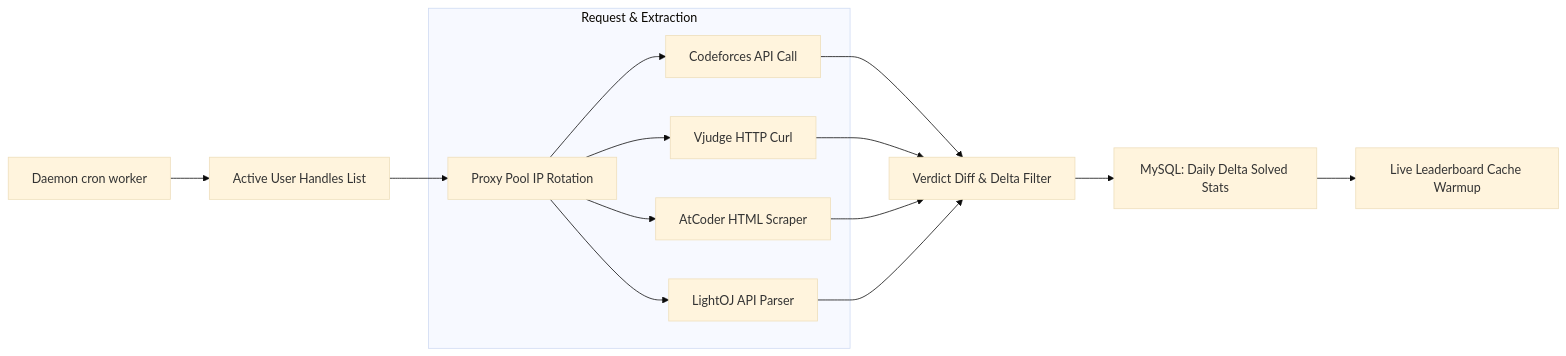
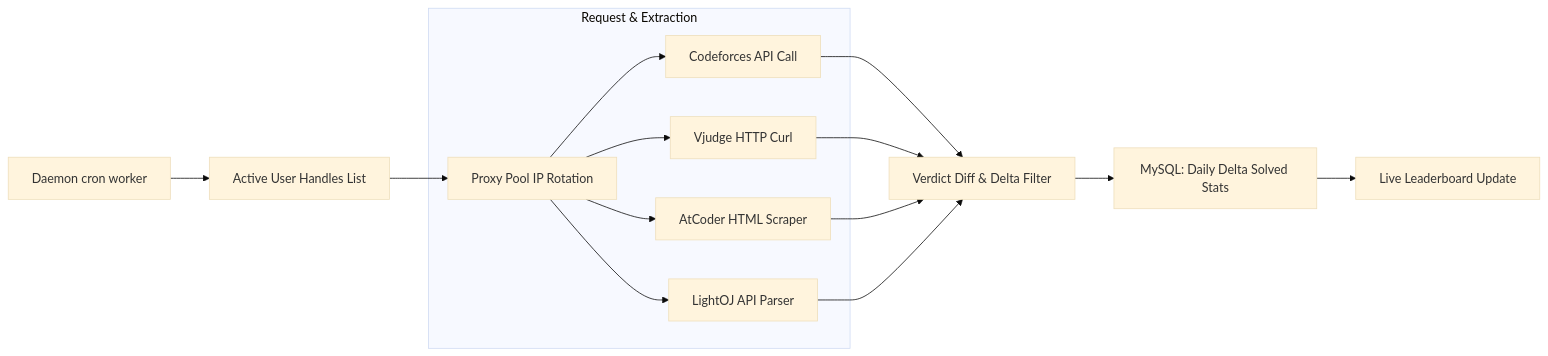
The second of 3 diagrams in docs/experiences/nsups.md (MrMandalNSU/sudipta.me), drawn with Mermaid (base theme) before and after one commit. The commit also changed other lines of this file and 4 other files, not shown here.

````diff
--- a/docs/experiences/nsups.md
+++ b/docs/experiences/nsups.md
@@ -61,16 +61,16 @@
 ```mermaid
 flowchart LR
     Cron[Daemon cron worker] --> Handles[Active User Handles List]
     Handles --> ProxyRot[Proxy Pool IP Rotation]
     
     subgraph Request & Extraction
         ProxyRot --> cf_api[Codeforces API Call]
         ProxyRot --> vj_curl[Vjudge HTTP Curl]
         ProxyRot --> bee_parser[AtCoder HTML Scraper]
         ProxyRot --> light_xml[LightOJ API Parser]
     end
     
     cf_api & vj_curl & bee_parser & light_xml --> diff[Verdict Diff & Delta Filter]
     diff --> save_db[MySQL: Daily Delta Solved Stats]
-    save_db --> notify[Live Leaderboard Cache Warmup]
+    save_db --> notify[Live Leaderboard Update]
 ```
````
